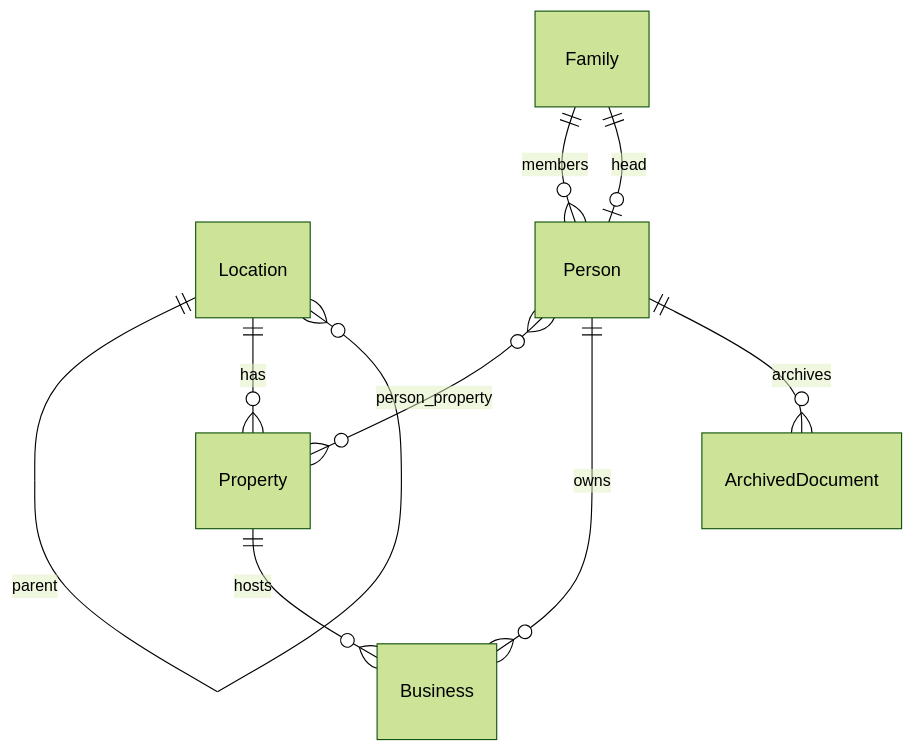
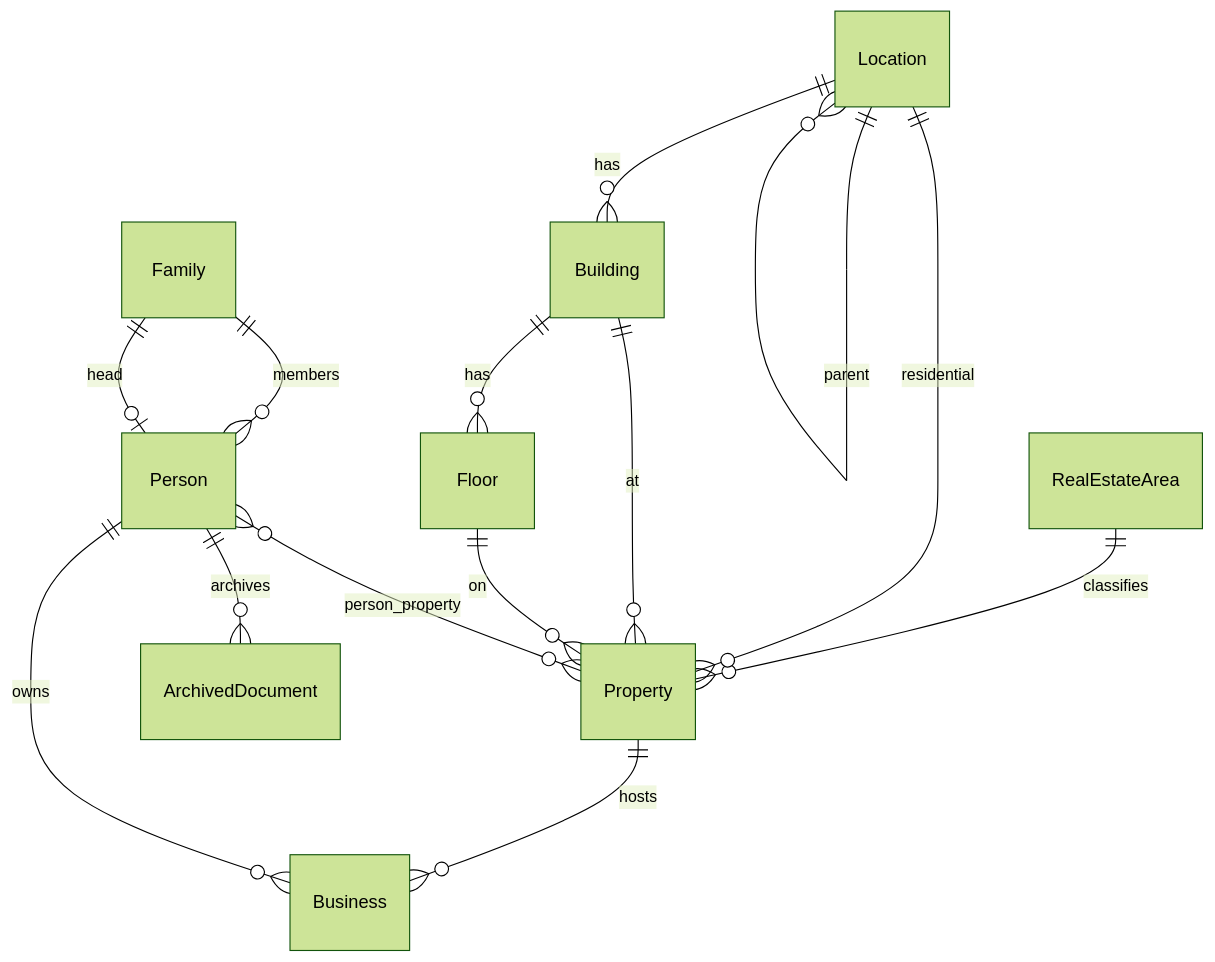
The diagram in README.md (AlAssi69/neighborhood_management_system), drawn with Mermaid (forest theme) before and after one commit. The commit also changed other lines of this file and 4 other files, not shown here.

````diff
--- a/README.md
+++ b/README.md
@@ -157,11 +163,16 @@
 ```mermaid
 erDiagram
   Location ||--o{ Location : parent
-  Location ||--o{ Property : has
+  Location ||--o{ Building : has
+  Building ||--o{ Floor : has
+  RealEstateArea ||--o{ Property : classifies
+  Location ||--o{ Property : residential
+  Building ||--o{ Property : at
+  Floor ||--o{ Property : on
   Family ||--o{ Person : members
   Family ||--o| Person : head
   Person }o--o{ Property : person_property
   Property ||--o{ Business : hosts
   Person ||--o{ Business : owns
   Person ||--o{ ArchivedDocument : archives
 ```
````
